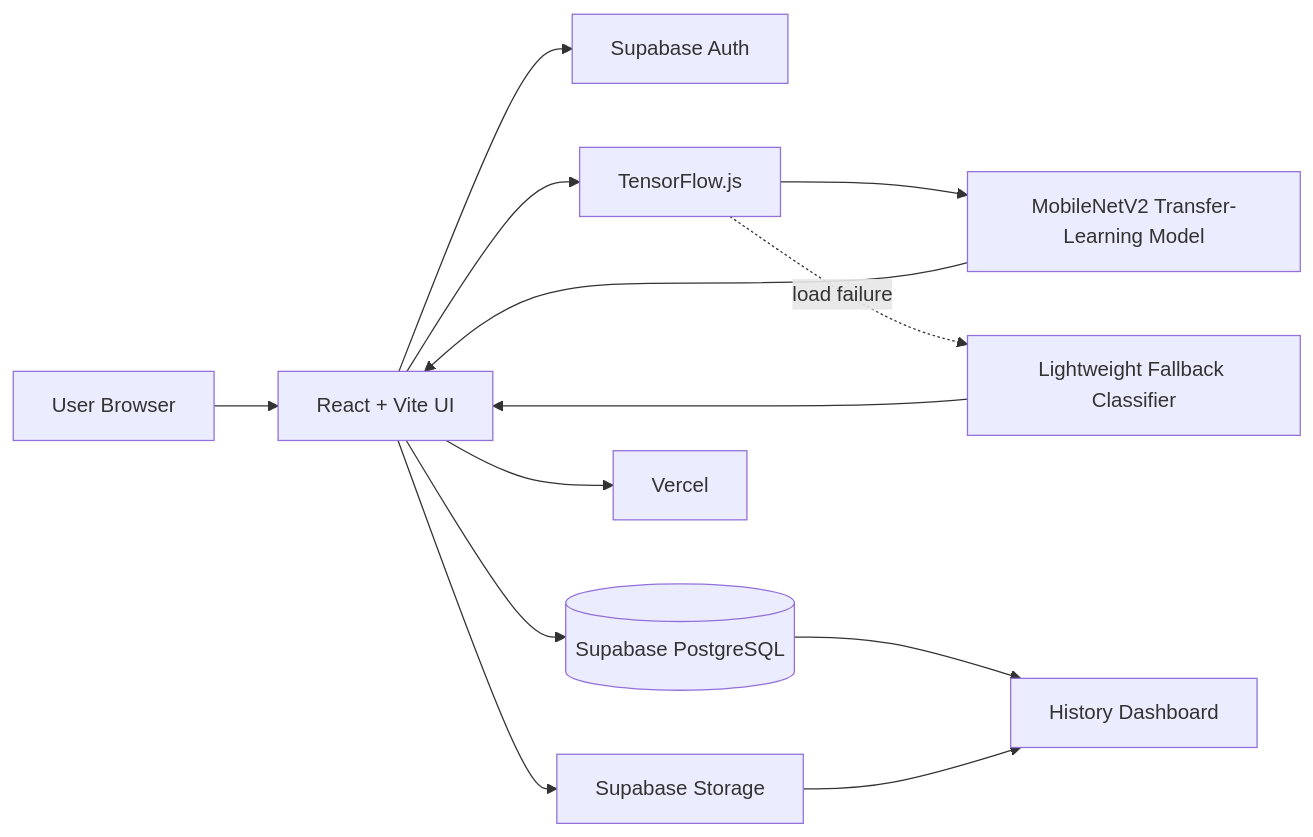
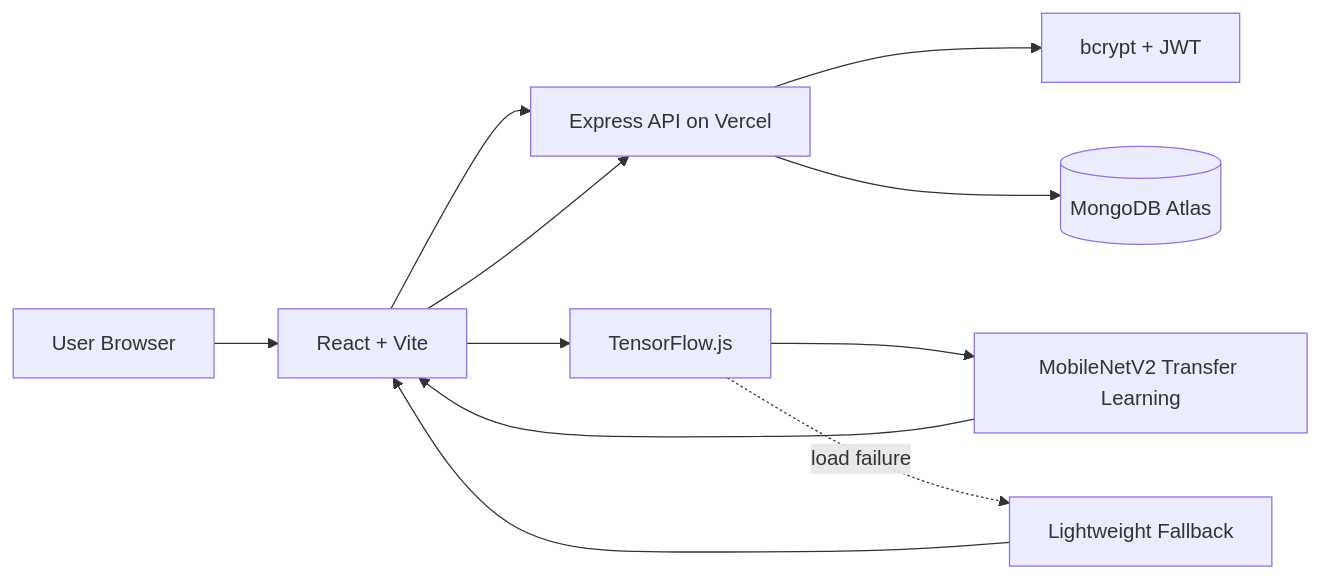
One commit to Mithun9661/poultry-disease-classification changed the first of 2 diagrams in docs/ARCHITECTURE.md. Above: the diagram before and after it, drawn with Mermaid. The commit also changed other lines of this file, not shown here.

Commit message:
docs: update architecture for live Express MongoDB backend

````diff
--- a/docs/ARCHITECTURE.md
+++ b/docs/ARCHITECTURE.md
@@ -7,15 +5,13 @@
 ```mermaid
 flowchart LR
-    U[User Browser] --> UI[React + Vite UI]
-    UI --> AUTH[Supabase Auth]
+    U[User Browser] --> UI[React + Vite]
+    UI --> API[Express API on Vercel]
+    API --> AUTH[bcrypt + JWT]
+    API --> DB[(MongoDB Atlas)]
     UI --> TFJS[TensorFlow.js]
-    TFJS --> M[MobileNetV2 Transfer-Learning Model]
+    TFJS --> M[MobileNetV2 Transfer Learning]
+    TFJS -. load failure .-> F[Lightweight Fallback]
     M --> UI
-    TFJS -. load failure .-> F[Lightweight Fallback Classifier]
     F --> UI
-    UI --> DB[(Supabase PostgreSQL)]
-    UI --> ST[Supabase Storage]
-    DB --> H[History Dashboard]
-    ST --> H
-    UI --> V[Vercel]
+    UI --> API
 ```
````
